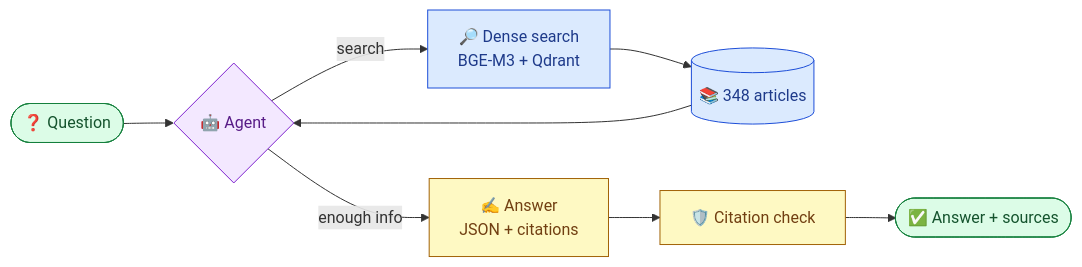
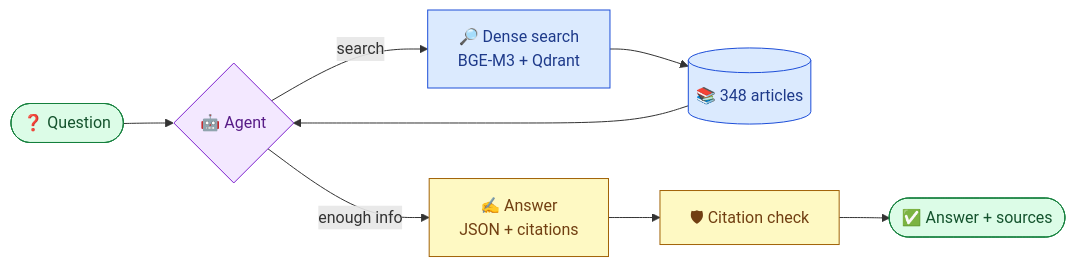
One commit to hoscahmet/turkish-legal-assistant changed the diagram in README.md. Above: the diagram before and after it, drawn with Mermaid. The commit also changed 1 other file, not shown here.

Commit message:
Quote Mermaid labels so GitHub can render the diagram

````diff
--- a/README.md
+++ b/README.md
@@ -46,19 +46,19 @@
 ```mermaid
 flowchart LR
-    Q([❓ Question]) --> A{🤖 Agent}
-    A -- search --> S[🔎 Dense search<br/>BGE-M3 + Qdrant]
-    S --> D[(📚 348 articles)]
+    Q(["❓ Question"]) --> A{"🤖 Agent"}
+    A -- search --> S["🔎 Dense search<br/>BGE-M3 + Qdrant"]
+    S --> D[("📚 348 articles")]
     D --> A
-    A -- enough info --> R[✍️ Answer<br/>JSON + citations]
-    R --> G[🛡️ Citation check]
-    G --> OUT([✅ Answer + sources])
+    A -- enough info --> R["✍ Answer<br/>JSON + citations"]
+    R --> G["🛡 Citation check"]
+    G --> OUT(["✅ Answer + sources"])
 
     classDef blue fill:#dbeafe,stroke:#1d4ed8,color:#1e3a8a
     classDef green fill:#dcfce7,stroke:#15803d,color:#14532d
     classDef yellow fill:#fef9c3,stroke:#a16207,color:#713f12
     classDef purple fill:#f3e8ff,stroke:#7e22ce,color:#581c87
     class Q,OUT green
     class A purple
     class S,D blue
     class R,G yellow
 ```
````
